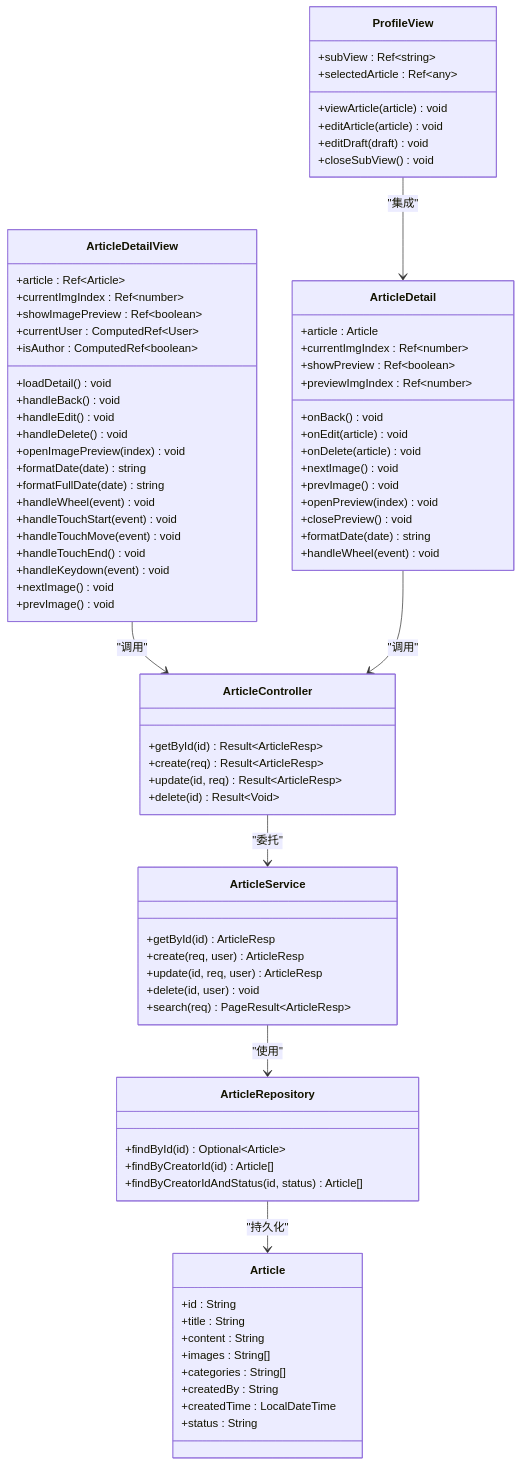
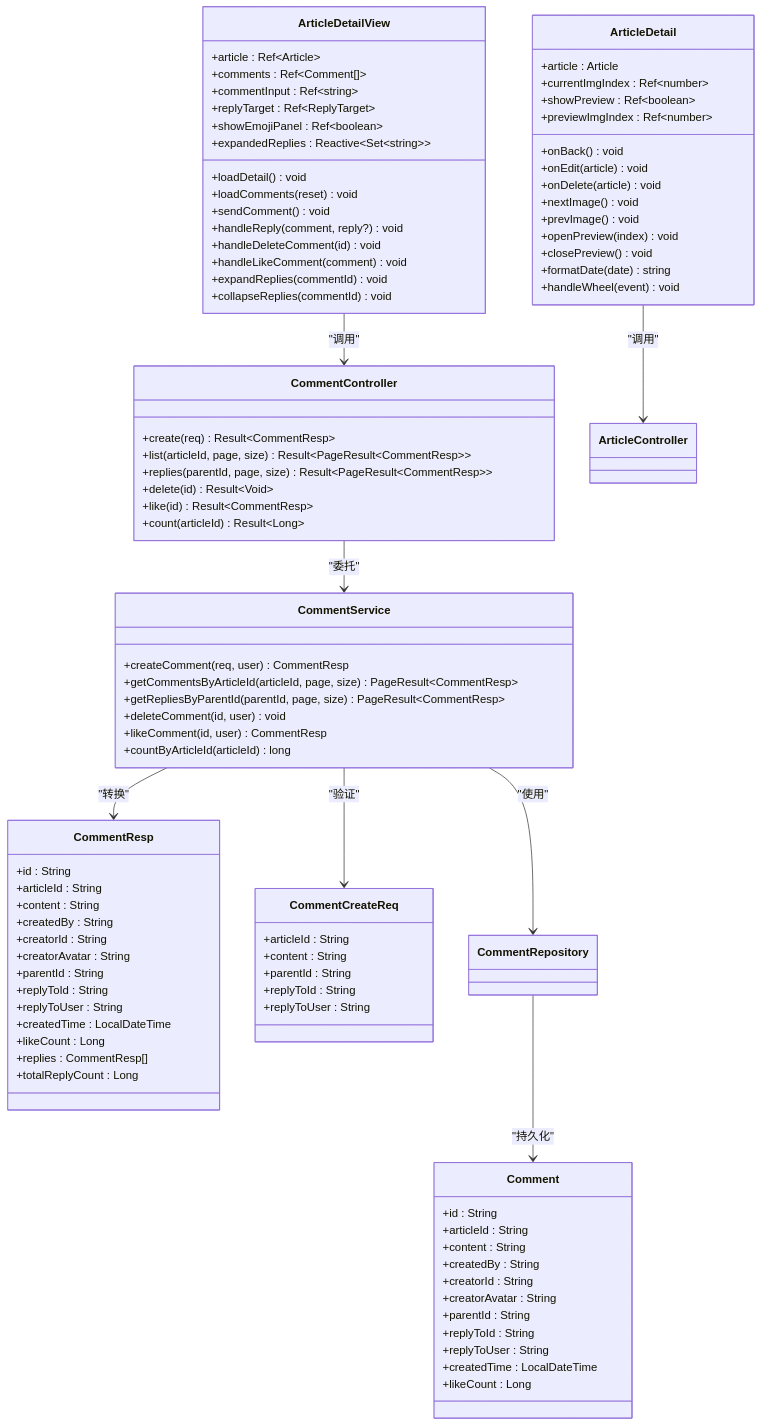
The second of 17 diagrams in .qoder/repowiki/zh/content/Article Detail View.md (20164206160/zhishilu), drawn with Mermaid before and after one commit. The commit also changed other lines of this file and 4 other files, not shown here.

````diff
--- a/.qoder/repowiki/zh/content/Article Detail View.md
+++ b/.qoder/repowiki/zh/content/Article Detail View.md
@@ -105,24 +124,19 @@
 classDiagram
 class ArticleDetailView {
 +article : Ref~Article~
-+currentImgIndex : Ref~number~
-+showImagePreview : Ref~boolean~
-+currentUser : ComputedRef~User~
-+isAuthor : ComputedRef~boolean~
++comments : Ref~Comment[]~
++commentInput : Ref~string~
++replyTarget : Ref~ReplyTarget~
++showEmojiPanel : Ref~boolean~
++expandedReplies : Reactive~Set~string~~
 +loadDetail() void
-+handleBack() void
-+handleEdit() void
-+handleDelete() void
-+openImagePreview(index) void
-+formatDate(date) string
-+formatFullDate(date) string
-+handleWheel(event) void
-+handleTouchStart(event) void
-+handleTouchMove(event) void
-+handleTouchEnd() void
-+handleKeydown(event) void
-+nextImage() void
-+prevImage() void
++loadComments(reset) void
++sendComment() void
++handleReply(comment, reply?) void
++handleDeleteComment(id) void
++handleLikeComment(comment) void
++expandReplies(commentId) void
++collapseReplies(commentId) void
 }
 class ArticleDetail {
 +article : Article
@@ -139,46 +153,62 @@
 +formatDate(date) string
 +handleWheel(event) void
 }
-class ProfileView {
-+subView : Ref~string~
-+selectedArticle : Ref~any~
-+viewArticle(article) void
-+editArticle(article) void
-+editDraft(draft) void
-+closeSubView() void
+class CommentController {
++create(req) Result~CommentResp~
++list(articleId, page, size) Result~PageResult~CommentResp~~
++replies(parentId, page, size) Result~PageResult~CommentResp~~
++delete(id) Result~Void~
++like(id) Result~CommentResp~
++count(articleId) Result~Long~
 }
-class ArticleController {
-+getById(id) Result~ArticleResp~
-+create(req) Result~ArticleResp~
-+update(id, req) Result~ArticleResp~
-+delete(id) Result~Void~
+class CommentService {
++createComment(req, user) CommentResp
++getCommentsByArticleId(articleId, page, size) PageResult~CommentResp~
++getRepliesByParentId(parentId, page, size) PageResult~CommentResp~
++deleteComment(id, user) void
++likeComment(id, user) CommentResp
++countByArticleId(articleId) long
 }
-class ArticleService {
-+getById(id) ArticleResp
-+create(req, user) ArticleResp
-+update(id, req, user) ArticleResp
-+delete(id, user) void
-+search(req) PageResult~ArticleResp~
+class Comment {
++id : String
++articleId : String
++content : String
++createdBy : String
++creatorId : String
++creatorAvatar : String
++parentId : String
++replyToId : String
++replyToUser : String
++createdTime : LocalDateTime
++likeCount : Long
 }
-class ArticleRepository {
-+findById(id) Optional~Article~
-+findByCreatorId(id) Article[]
-+findByCreatorIdAndStatus(id, status) Article[]
+class CommentResp {
++id : String
++articleId : String
++content : String
++createdBy : String
++creatorId : String
++creatorAvatar : String
++parentId : String
++replyToId : String
++replyToUser : String
++createdTime : LocalDateTime
++likeCount : Long
++replies : CommentResp[]
++totalReplyCount : Long
 }
-class Article {
-+id : String
-+title : String
+class CommentCreateReq {
++articleId : String
 +content : String
-+images : String[]
-+categories : String[]
-+createdBy : String
-+createdTime : LocalDateTime
-+status : String
++parentId : String
++replyToId : String
++replyToUser : String
 }
-ArticleDetailView --> ArticleController : "调用"
+ArticleDetailView --> CommentController : "调用"
 ArticleDetail --> ArticleController : "调用"
-ProfileView --> ArticleDetail : "集成"
-ArticleController --> ArticleService : "委托"
-ArticleService --> ArticleRepository : "使用"
-ArticleRepository --> Article : "持久化"
+CommentController --> CommentService : "委托"
+CommentService --> CommentRepository : "使用"
+CommentRepository --> Comment : "持久化"
+CommentService --> CommentResp : "转换"
+CommentService --> CommentCreateReq : "验证"
 ```
````
